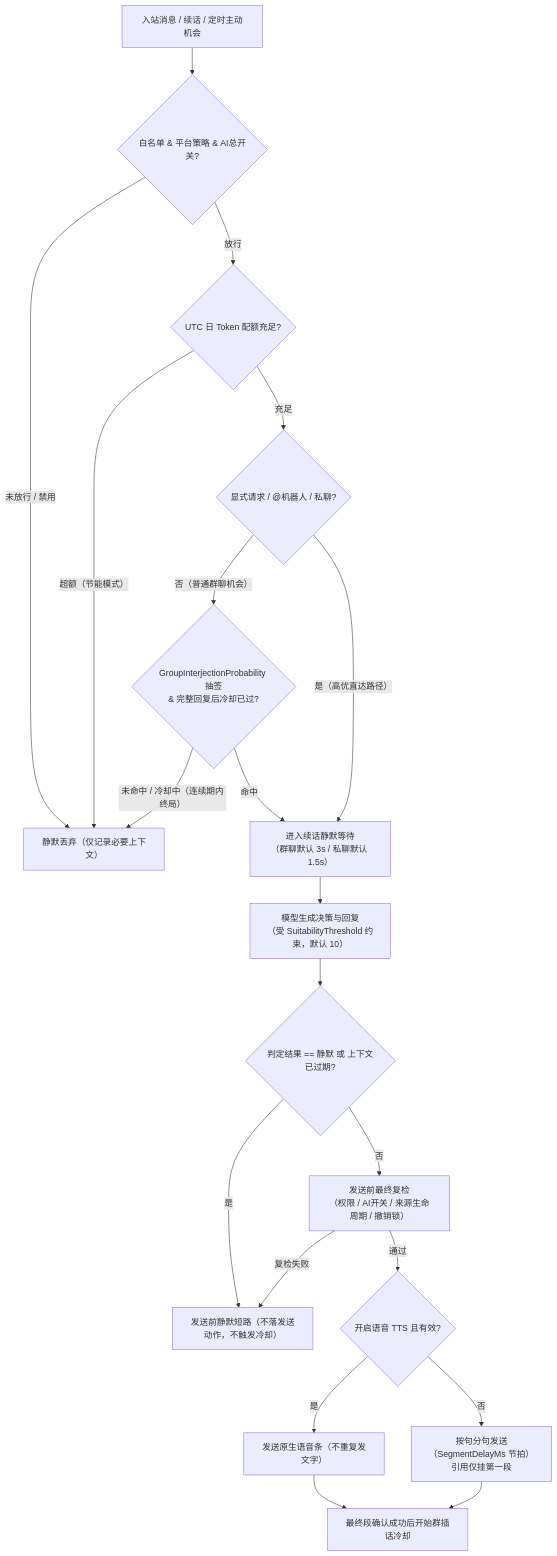
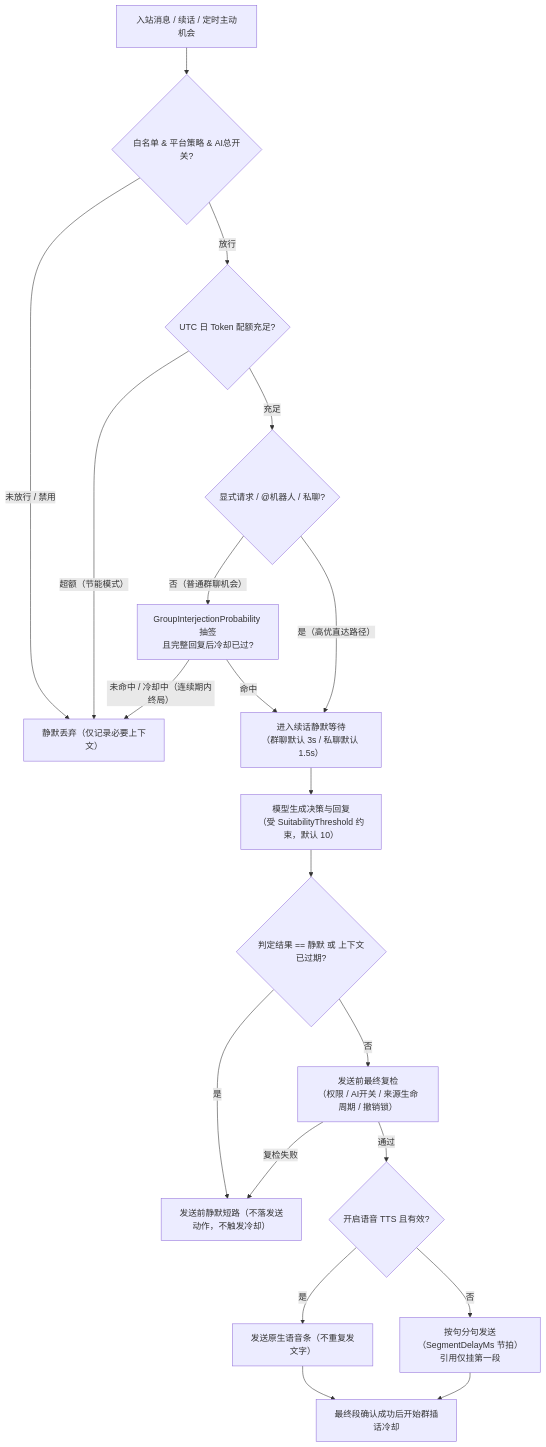
Before and after one commit to ZhaoJun233/bot-agent: the first of 3 diagrams in docs/domain/core-business-rules.md, drawn with Mermaid. The commit also changed other lines of this file and 20 other files, not shown here.

````diff
--- a/docs/domain/core-business-rules.md
+++ b/docs/domain/core-business-rules.md
@@ -56,22 +59,22 @@
 ```mermaid
 flowchart TD
     A["入站消息 / 续话 / 定时主动机会"] --> B{"白名单 & 平台策略 & AI总开关?"}
     B -- "未放行 / 禁用" --> Z["静默丢弃（仅记录必要上下文）"]
     B -- "放行" --> C{"UTC 日 Token 配额充足?"}
     C -- "超额（节能模式）" --> Z
     C -- "充足" --> D{"显式请求 / @机器人 / 私聊?"}
-    D -- "否（普通群聊机会）" --> E{"GroupInterjectionProbability 抽签\n& 完整回复后冷却已过?"}
+    D -- "否（普通群聊机会）" --> E["GroupInterjectionProbability 抽签<br/>且完整回复后冷却已过?"]
     E -- "未命中 / 冷却中（连续期内终局）" --> Z
-    E -- "命中" --> F["进入续话静默等待\n（群聊默认 3s / 私聊默认 1.5s）"]
+    E -- "命中" --> F["进入续话静默等待<br/>（群聊默认 3s / 私聊默认 1.5s）"]
     D -- "是（高优直达路径）" --> F
-    F --> G["模型生成决策与回复\n（受 SuitabilityThreshold 约束，默认 10）"]
+    F --> G["模型生成决策与回复<br/>（受 SuitabilityThreshold 约束，默认 10）"]
     G --> H{"判定结果 == 静默 或 上下文已过期?"}
     H -- "是" --> I["发送前静默短路（不落发送动作，不触发冷却）"]
-    H -- "否" --> J["发送前最终复检\n（权限 / AI开关 / 来源生命周期 / 撤销锁）"]
+    H -- "否" --> J["发送前最终复检<br/>（权限 / AI开关 / 来源生命周期 / 撤销锁）"]
     J -- "复检失败" --> I
     J -- "通过" --> K{"开启语音 TTS 且有效?"}
     K -- "是" --> L["发送原生语音条（不重复发文字）"]
-    K -- "否" --> M["按句分句发送（SegmentDelayMs 节拍）\n引用仅挂第一段"]
+    K -- "否" --> M["按句分句发送（SegmentDelayMs 节拍）<br/>引用仅挂第一段"]
     L --> N["最终段确认成功后开始群插话冷却"]
     M --> N
 ```
````
